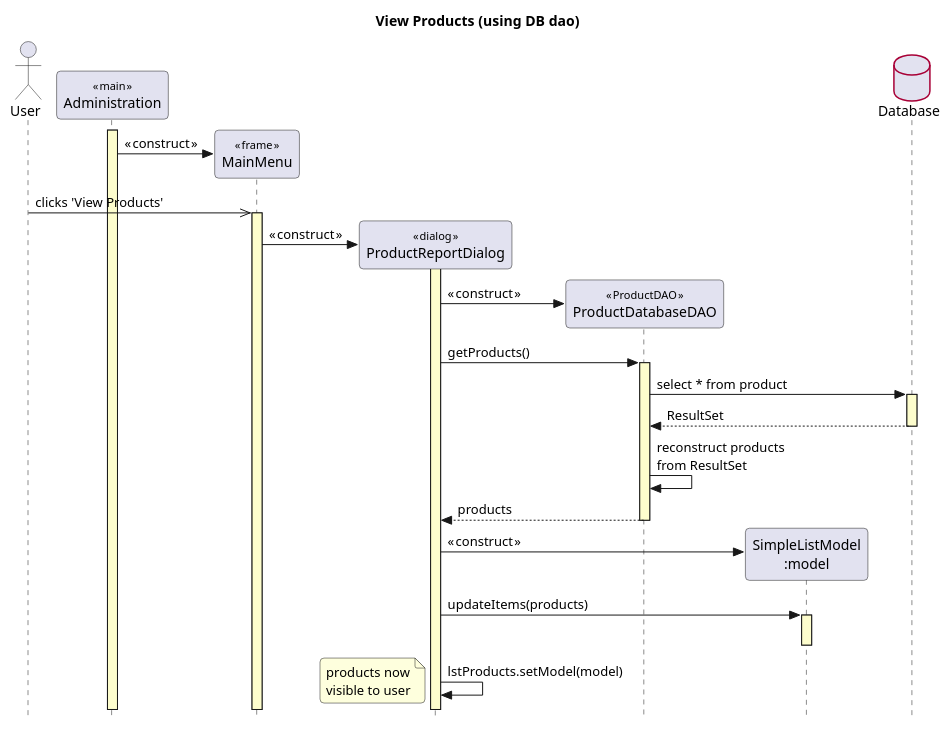
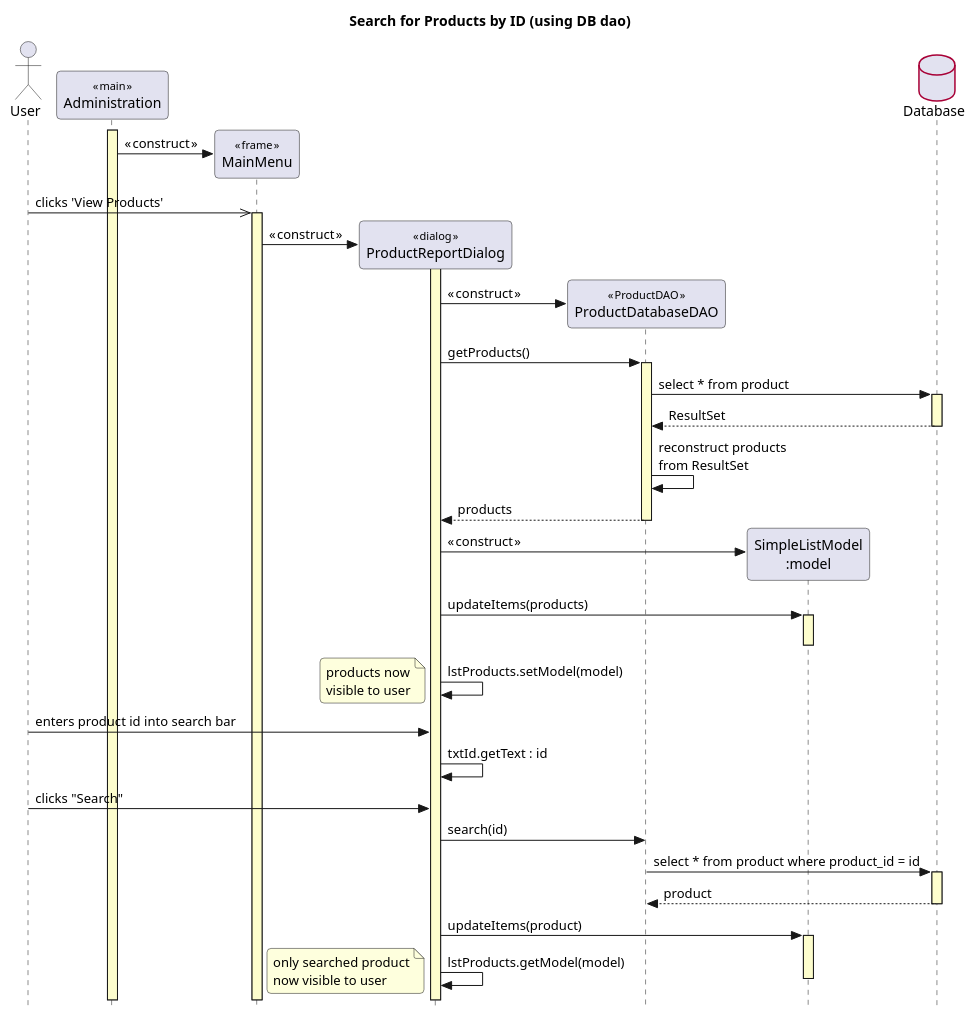
The diagram in searchProduct.puml (Jack-Baucke/INFO202-Project), drawn with PlantUML before and after one commit. The commit also changed 3 other files, not shown here.

Commit message:
Completed sequence diagrams

```diff
--- a/searchProduct.puml
+++ b/searchProduct.puml
@@ -1,65 +1,80 @@
 @startuml
  
 ' style tweaks to make the diagram a little more readable
 skinparam {
 	Style strictuml
 	RoundCorner 8
  
 	Sequence {
 		' make activations yellow too
 		LifeLineBackgroundColor #FDFDCD
  
 		' make stereotypes less ugly
 		Stereotype {
 			Font {
 				Size 11
 				Style plain
 			}
 		}
 	}
  
 	DatabaseBorderColor #A80036
  
 }
  
-title View Products (using DB dao)
+title Search for Products by ID (using DB dao)
  
 actor User as user
 participant "Administration" as main << main >>
 participant "MainMenu" as menu << frame >>
 participant "ProductReportDialog" as dialog << dialog >>
 participant "ProductDatabaseDAO" as dao << ProductDAO >>
 participant "SimpleListModel\n:model" as model
 database "Database" as db
  
 main++
 create menu
 main -> menu : « construct »
  
  
 user ->> menu : clicks 'View Products'
 menu++
  
  
 create dialog
 menu -> dialog++ : « construct »
  
  
 create dao
 dialog -> dao : « construct »
  
 dialog -> dao++ : getProducts()
 dao -> db++ : select * from product
 return ResultSet
 dao -> dao : reconstruct products\nfrom ResultSet
 return products
  
 create model
 dialog -> model : « construct »
 dialog -> model++ : updateItems(products)
 model--
 dialog -> dialog : lstProducts.setModel(model)
  
 note left : products now\nvisible to user
+
+user -> dialog : enters product id into search bar
+dialog -> dialog : txtId.getText : id
+user -> dialog : clicks "Search"
+
+dialog -> dao : search(id)
+
+dao -> db++ : select * from product where product_id = id
+return product
+
+dialog -> model++ : updateItems(product)
+dialog -> dialog : lstProducts.getModel(model)
+model--
+
+note left : only searched product\nnow visible to user
  
 @enduml
```
